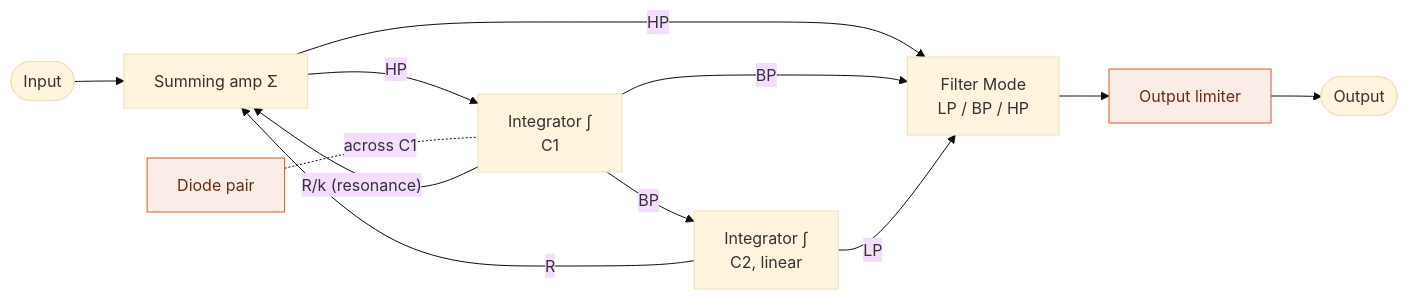
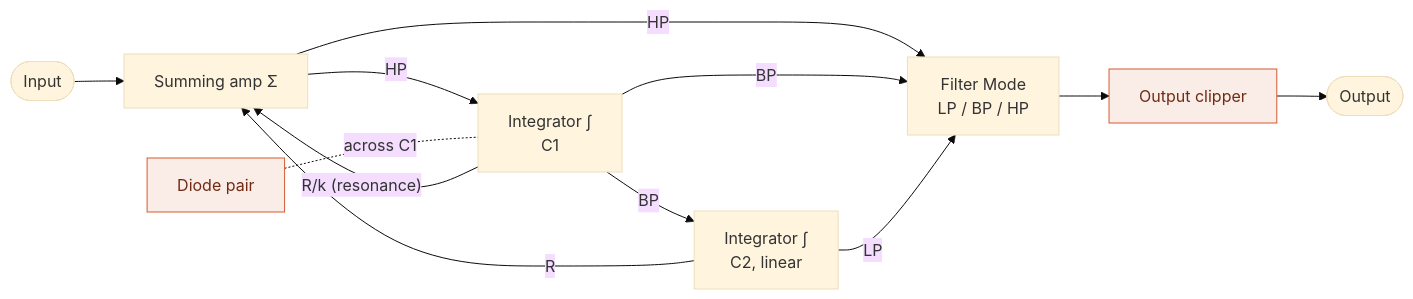
Before and after one commit to risgk/digital-synth-pra32-u2: the third of 3 diagrams in README.md, drawn with Mermaid (base theme). The commit also changed other lines of this file, not shown here.

Commit message:
Fix the Filter Diagrams in README

````diff
--- a/README.md
+++ b/README.md
@@ -87,16 +87,16 @@
 ```mermaid
 flowchart LR
     IN([Input]) --> A1["Summing amp Σ"]
     A1 -->|HP| A2["Integrator ∫<br/>C1"]
     D["Diode pair"] -.-|across C1| A2
     A2 -->|BP| A3["Integrator ∫<br/>C2, linear"]
     A1 -->|HP| MS["Filter Mode<br/>LP / BP / HP"]
     A2 -->|BP| MS
     A3 -->|LP| MS
-    MS --> LIM["Output limiter"]
+    MS --> LIM["Output clipper"]
     LIM --> OUT([Output])
     A2 -->|"R/k (resonance)"| A1
     A3 -->|R| A1
     classDef nl fill:#FAECE7,stroke:#D85A30,color:#712B13
     class D,LIM nl
 ```
````
